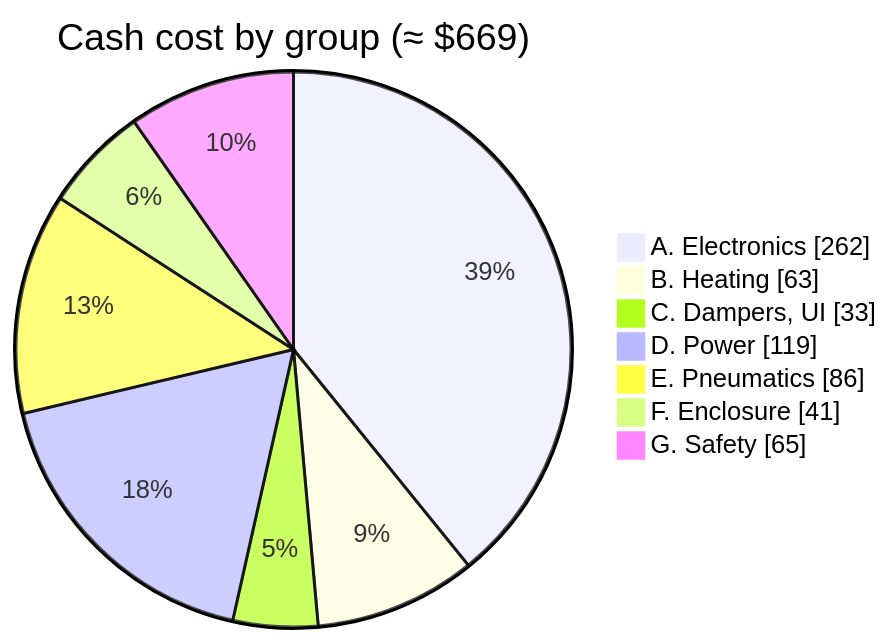
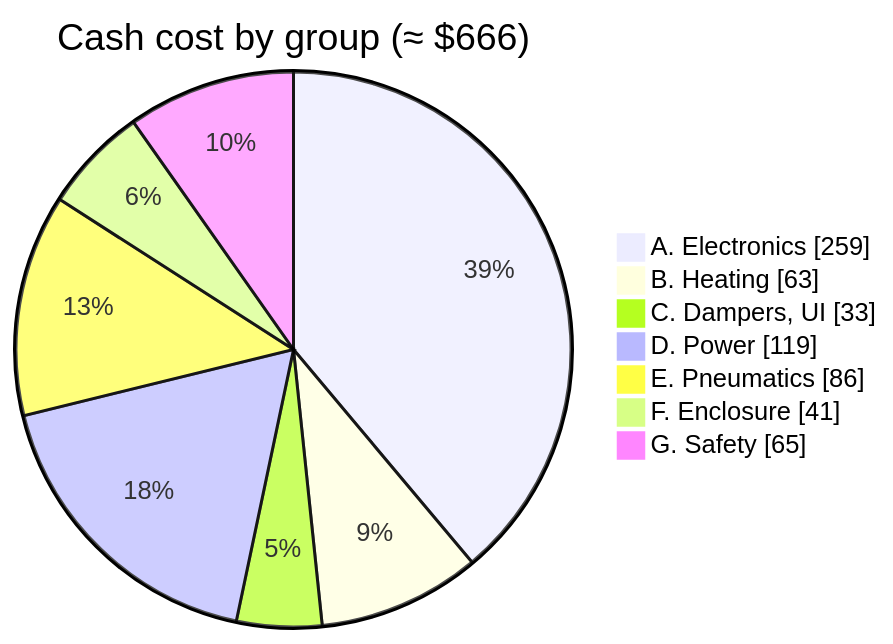
One commit to BashfulBits/3dp-fleet-exhaust changed the diagram in docs/03_bill_of_materials.md. Above: the diagram before and after it, drawn with Mermaid. The commit also changed other lines of this file and 6 other files, not shown here.

````diff
--- a/docs/03_bill_of_materials.md
+++ b/docs/03_bill_of_materials.md
@@ -27,11 +27,11 @@
 ```mermaid
 pie showData
-  title Cash cost by group (≈ $669)
-  "A. Electronics" : 262
+  title Cash cost by group (≈ $666)
+  "A. Electronics" : 259
   "B. Heating" : 63
   "C. Dampers, UI" : 33
   "D. Power" : 119
   "E. Pneumatics" : 86
   "F. Enclosure" : 41
   "G. Safety" : 65
 ```
````
